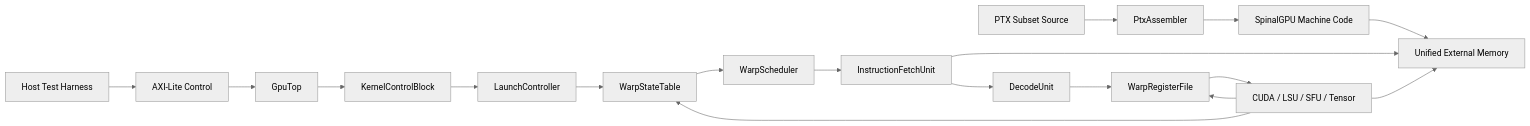
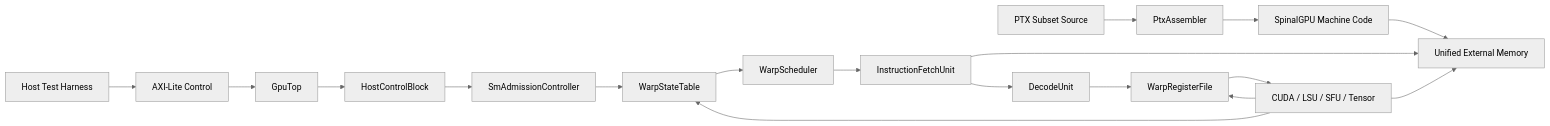
One commit to lastweek/SpinalGPU changed the fourth of 4 diagrams in docs/architecture.md. Above: the diagram before and after it, drawn with Mermaid (neutral theme). The commit also changed other lines of this file and 13 other files, not shown here.

Commit message:
Rename launch vocabulary to host control and admission

````diff
--- a/docs/architecture.md
+++ b/docs/architecture.md
@@ -205,27 +205,27 @@
 ```mermaid
 flowchart LR
   HOST[Host Test Harness]
   PTX[PTX Subset Source]
   TOOLCHAIN[PtxAssembler]
   BIN[SpinalGPU Machine Code]
   CSR[AXI-Lite Control]
   GPU[GpuTop]
-  KCB[KernelControlBlock]
-  LC[LaunchController]
+  HCB[HostControlBlock]
+  SAC[SmAdmissionController]
   WST[WarpStateTable]
   SCH[WarpScheduler]
   IFU[InstructionFetchUnit]
   DEC[DecodeUnit]
   RF[WarpRegisterFile]
   EXEC[CUDA / LSU / SFU / Tensor]
   MEM[Unified External Memory]
 
   PTX --> TOOLCHAIN --> BIN --> MEM
   HOST --> CSR --> GPU
-  GPU --> KCB --> LC --> WST
+  GPU --> HCB --> SAC --> WST
   WST --> SCH --> IFU --> DEC --> RF --> EXEC
   IFU --> MEM
   EXEC --> MEM
   EXEC --> RF
   EXEC --> WST
 ```
````
